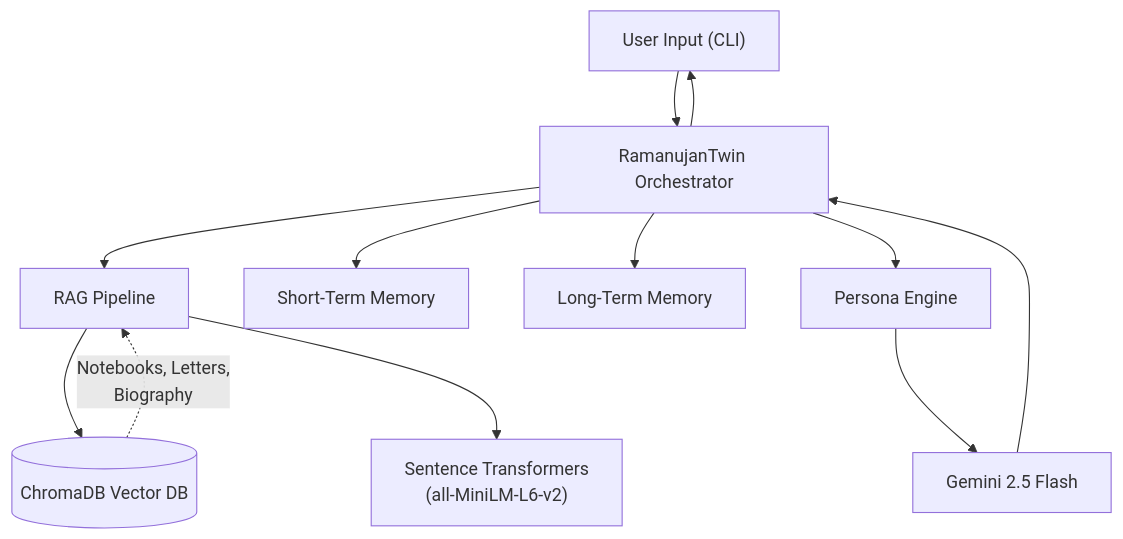
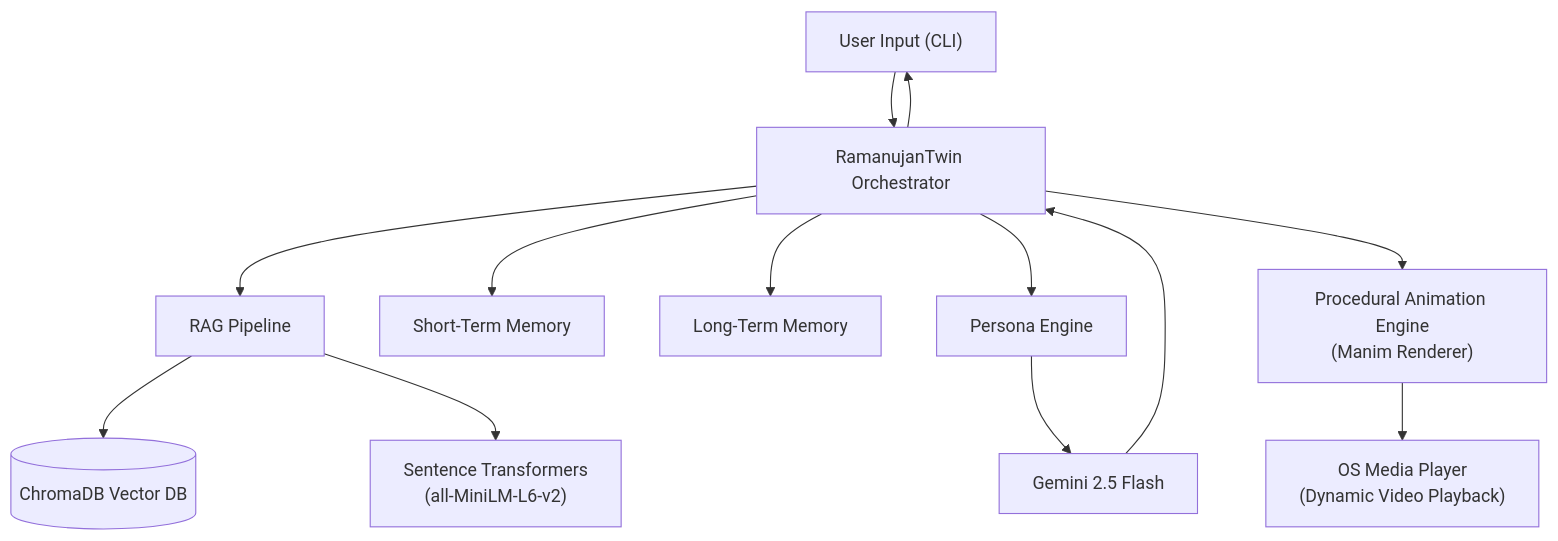
The diagram in README.md (HimalGarg/RAMANU_digital_reincarnation_of_srinivasa_ramanujan), drawn with Mermaid before and after one commit. The commit also changed other lines of this file and 196 other files, not shown here.

````diff
--- a/README.md
+++ b/README.md
@@ -14,14 +15,15 @@
 ```mermaid
 graph TD
     U["User Input (CLI)"] --> TW[RamanujanTwin Orchestrator]
     TW --> RAG[RAG Pipeline]
     TW --> STM[Short-Term Memory]
     TW --> LTM[Long-Term Memory]
     RAG --> VDB[("ChromaDB Vector DB")]
     RAG --> EMB["Sentence Transformers<br/>(all-MiniLM-L6-v2)"]
     TW --> PE[Persona Engine]
     PE --> GEM[Gemini 2.5 Flash]
     GEM --> TW
+    TW --> FE["Procedural Animation Engine<br/>(Manim Renderer)"]
+    FE --> MP["OS Media Player<br/>(Dynamic Video Playback)"]
     TW --> U
-    VDB -.->|"Notebooks, Letters,<br/>Biography"| RAG
 ```
````
